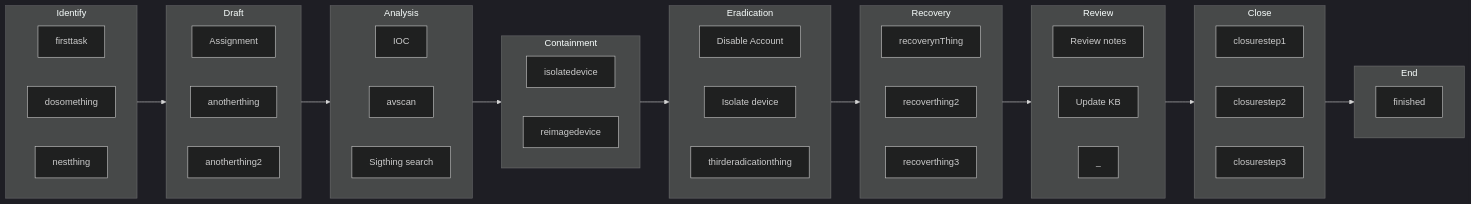
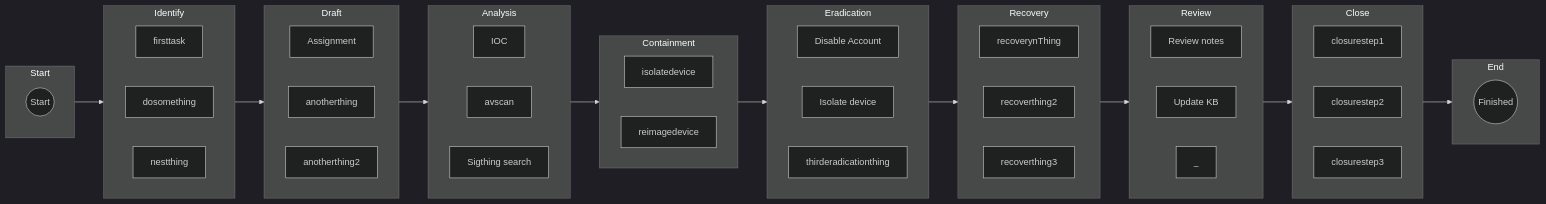
One commit to CharlesL-Sec/flow-diagrams changed the diagram in incident default flow.md. Above: the diagram before and after it, drawn with Mermaid (dark theme).

Commit message:
Update incident flowchart structure and formatting

````diff
--- a/incident default flow.md
+++ b/incident default flow.md
@@ -6,6 +6,7 @@
 
 flowchart LR
 
+startSub-->identifySub
   identifySub-->draftSub
   draftSub-->analysisSub
   analysisSub-->containmentSub
@@ -16,15 +17,21 @@
   closeSub-->endflowSub
 
   
-  
 
+subgraph startSub[Start]
+ startstep((Start))
+end
+
+
+%% Identify Stage %%
 subgraph identifySub[Identify]
   direction LR
   firsttask
   dosomething
   nestthing
+end
 
-end
+%% Draft Stage %%
 subgraph draftSub[Draft]
      direction LR
     assignincident[Assignment]
@@ -32,7 +39,7 @@
     anotherthing2
 end
 
-
+%% Analysis Stage %%
 subgraph analysisSub[Analysis]
  direction LR
     IOC
@@ -40,13 +47,15 @@
     sigthingsearch[Sigthing search]
 end
 
+
+%%Containment Stage %%
 subgraph containmentSub[Containment]
   direction LR
   isolatedevice
   reimagedevice
 end
 
-
+%%Eradicate Stage %%
 subgraph eradicationSub[Eradication]
   direction LR
   eradicationThing[Disable Account]
@@ -54,6 +63,8 @@
   thirderadicationthing 
 end
 
+
+%% Recovery Stage %%
 subgraph recoverySub[Recovery]
   direction LR
   recoverynThing
@@ -61,7 +72,7 @@
   recoverthing3
 end
 
-
+%% review Stage %%
 subgraph reviewSub[Review]
   direction LR
   reviewnote[Review notes] 
@@ -69,7 +80,7 @@
   reviewstep3["`_`"]
 end
 
-
+%% Clousure Stage %%
 subgraph closeSub[Close]
   direction LR
   closurestep1
@@ -78,12 +89,10 @@
 
 end
 
-
+%% End of flow Stage %%
 subgraph endflowSub["`End`"]
   direction LR
-
-  finished
-
+  finished((Finished))
 end
 
 ```
````
